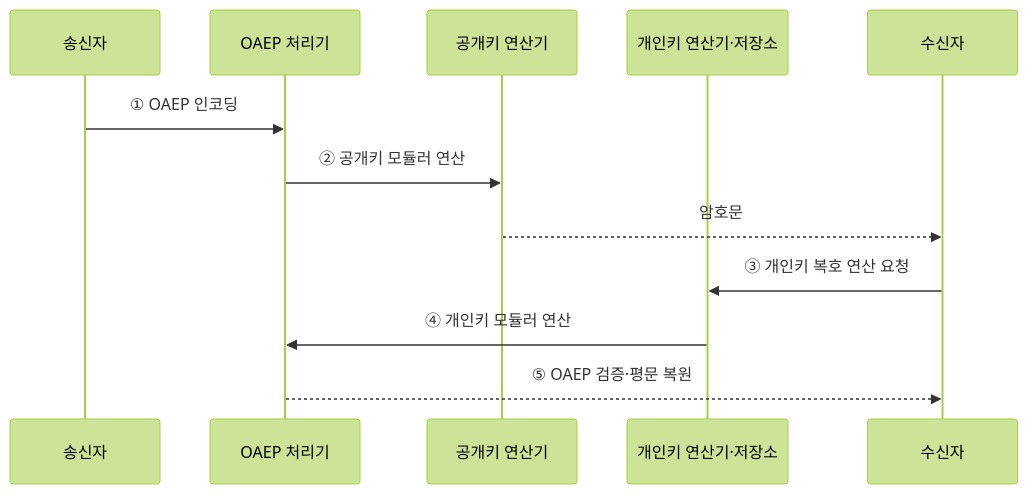
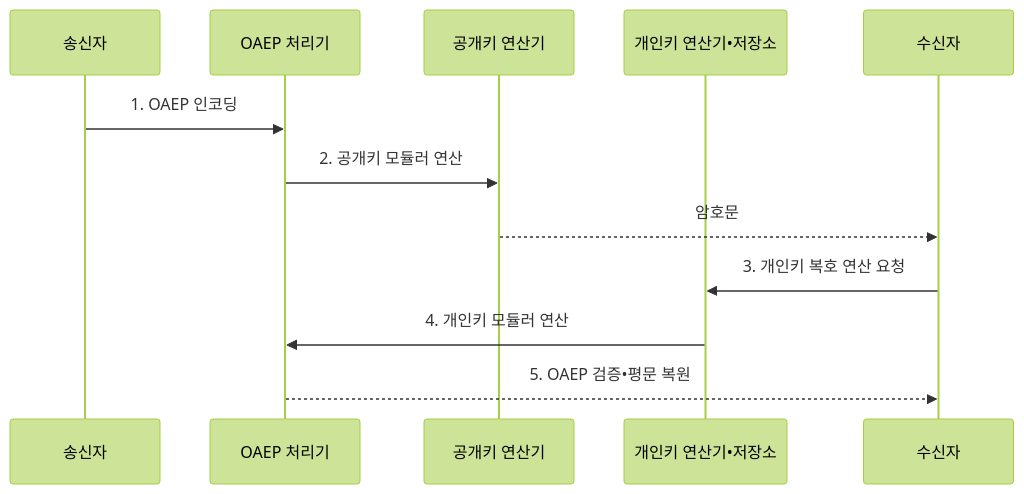
One commit to agnusdei1207/knowledge-base changed the second of 2 diagrams in src/content/docs/notes/01-basic-theory/059_crypto_math_rsa.md. Above: the diagram before and after it, drawn with Mermaid (forest theme). The commit also changed other lines of this file and 20 other files, not shown here.

````diff
--- a/src/content/docs/notes/01-basic-theory/059_crypto_math_rsa.md
+++ b/src/content/docs/notes/01-basic-theory/059_crypto_math_rsa.md
@@ -93,14 +100,14 @@
 ```mermaid
 sequenceDiagram
     participant A as 송신자
     participant O as OAEP 처리기
     participant X as 공개키 연산기
-    participant H as 개인키 연산기·저장소
+    participant H as 개인키 연산기•저장소
     participant B as 수신자
-    A->>O: ① OAEP 인코딩
-    O->>X: ② 공개키 모듈러 연산
+    A->>O: 1. OAEP 인코딩
+    O->>X: 2. 공개키 모듈러 연산
     X-->>B: 암호문
-    B->>H: ③ 개인키 복호 연산 요청
-    H->>O: ④ 개인키 모듈러 연산
-    O-->>B: ⑤ OAEP 검증·평문 복원
+    B->>H: 3. 개인키 복호 연산 요청
+    H->>O: 4. 개인키 모듈러 연산
+    O-->>B: 5. OAEP 검증•평문 복원
 ```
````
